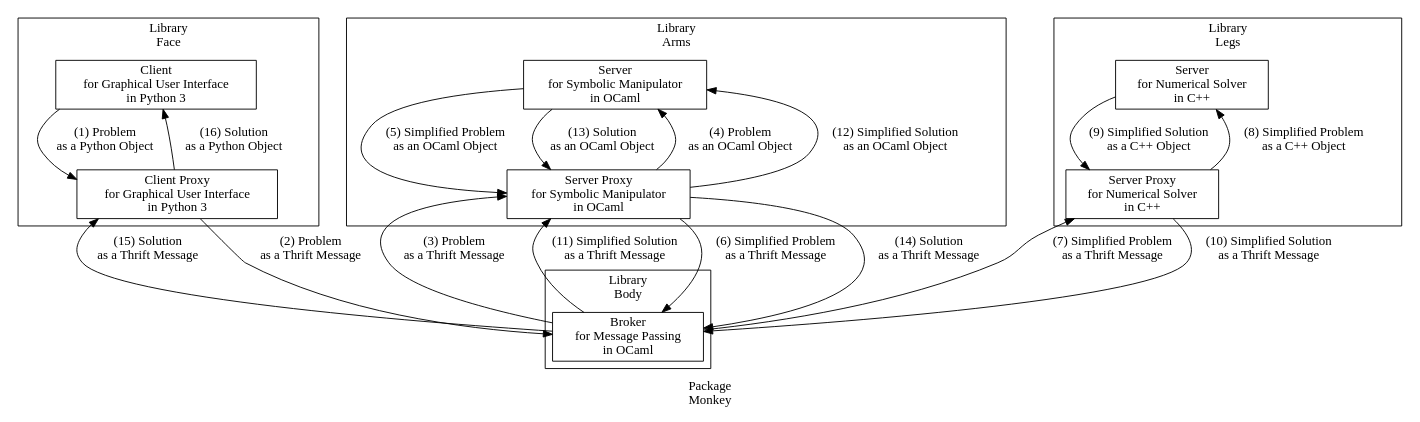
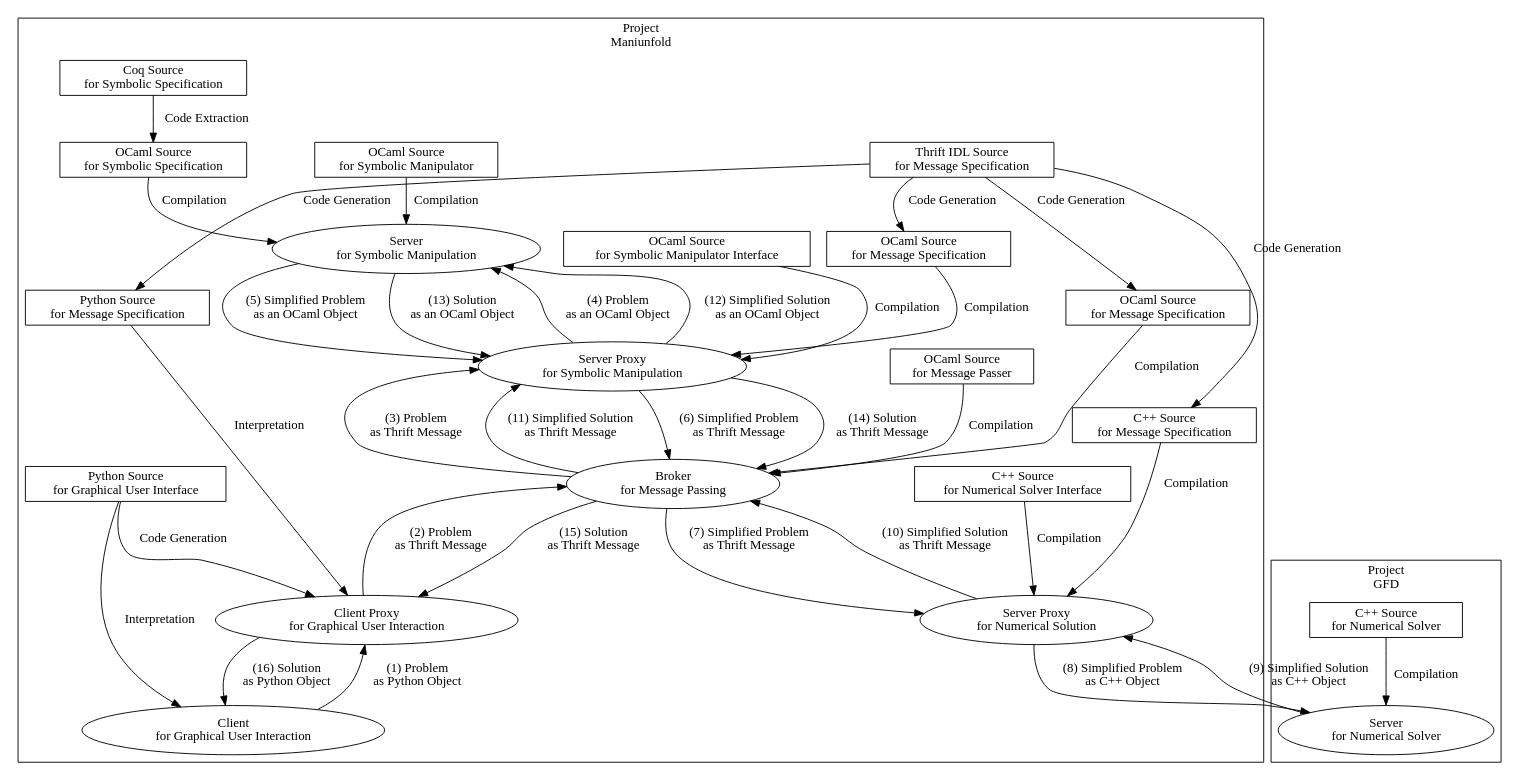
The diagram in prototype/arch.dot (Tuplanolla/dez), drawn with Graphviz before and after one commit.

Commit message:
Something along these lines.

```diff
--- a/prototype/arch.dot
+++ b/prototype/arch.dot
@@ -1,55 +1,92 @@
 digraph arch {
   // graph [layout = neato, ratio = 0.5]
-  graph [layout = dot, mindist = 1, overlap = false, root = body]
+  graph [layout = dot, mindist = 1, overlap = false, root = primate]
 
   // graph [splines = curved]
   // edge [headport = e, tailport = w]
 
-  node [shape = box]
+  subgraph cluster_maniunfold {
+    label = "Project\nManiunfold"
 
-  label = "Package\nMonkey"
+    /*
+    node [shape = oval]
 
-  subgraph cluster_body {
-    label = "Library\nBody"
+    coq [label = "Coq"] // bird
+    cxx [label = "C++"] // machine
+    ocaml [label = "OCaml"] // mammal
+    python [label = "Python"] // reptile
+    thrift [label = "Thrift"] // plant
+    */
 
-    body [label = "Broker\nfor Message Passing\nin OCaml"]
+    node [shape = box]
+
+    bird_source [label = "Coq Source\nfor Symbolic Specification"]
+    after_bird [label = "OCaml Source\nfor Symbolic Specification"]
+    mammal_source [label = "OCaml Source\nfor Symbolic Manipulator"]
+    plant_source [label = "Thrift IDL Source\nfor Message Specification"]
+    primate_source [label = "OCaml Source\nfor Message Passer"]
+    before_primate [label = "OCaml Source\nfor Message Specification"]
+    before_machine [label = "C++ Source\nfor Message Specification"]
+    before_reptile [label = "Python Source\nfor Message Specification"]
+    before_mammal [label = "OCaml Source\nfor Message Specification"]
+    machine_proxy_source [label = "C++ Source\nfor Numerical Solver Interface"]
+    reptile_source [label = "Python Source\nfor Graphical User Interface"]
+    mammal_proxy_source [label = "OCaml Source\nfor Symbolic Manipulator Interface"]
+
+    node [shape = oval]
+
+    primate [label = "Broker\nfor Message Passing"]
+    reptile [label = "Client\nfor Graphical User Interaction"]
+    reptile_proxy [label = "Client Proxy\nfor Graphical User Interaction"]
+    mammal [label = "Server\nfor Symbolic Manipulation"]
+    mammal_proxy [label = "Server Proxy\nfor Symbolic Manipulation"]
+    machine_proxy [label = "Server Proxy\nfor Numerical Solution"]
   }
 
-  subgraph cluster_face {
-    label = "Library\nFace"
+  subgraph cluster_gfd {
+    label = "Project\nGFD"
 
-    face [label = "Client\nfor Graphical User Interface\nin Python 3"]
-    face_proxy [label = "Client Proxy\nfor Graphical User Interface\nin Python 3"]
+    node [shape = box]
+
+    machine_source [label = "C++ Source\nfor Numerical Solver"]
+
+    node [shape = oval]
+
+    machine [label = "Server\nfor Numerical Solver"]
   }
 
-  subgraph cluster_arms {
-    label = "Library\nArms"
+  plant_source -> before_primate [label = "Code Generation"]
+  before_primate -> primate [label = "Compilation"]
+  plant_source -> before_mammal [label = "Code Generation"]
+  before_mammal -> mammal_proxy [label = "Compilation"]
+  primate_source -> primate [label = "Compilation"]
+  bird_source -> after_bird [label = "Code Extraction"]
+  after_bird -> mammal [label = "Compilation"]
+  mammal_source -> mammal [label = "Compilation"]
+  reptile_source -> reptile [label = "Interpretation"]
+  reptile_source -> reptile_proxy [label = "Code Generation"]
+  plant_source -> before_reptile [label = "Code Generation"]
+  before_reptile -> reptile_proxy [label = "Interpretation"]
+  mammal_proxy_source -> mammal_proxy [label = "Compilation"]
+  machine_proxy_source -> machine_proxy [label = "Compilation"]
+  plant_source -> before_machine [label = "Code Generation"]
+  before_machine -> machine_proxy [label = "Compilation"]
+  machine_source -> machine [label = "Compilation"]
 
-    arms [label = "Server\nfor Symbolic Manipulator\nin OCaml"]
-    arms_proxy [label = "Server Proxy\nfor Symbolic Manipulator\nin OCaml"]
-  }
-
-  subgraph cluster_legs {
-    label = "Library\nLegs"
-
-    legs [label = "Server\nfor Numerical Solver\nin C++"]
-    legs_proxy [label = "Server Proxy\nfor Numerical Solver\nin C++"]
-  }
-
-  face -> face_proxy [label = "(1) Problem\nas a Python Object"]
-  face_proxy -> body [label = "(2) Problem\nas a Thrift Message"]
-  body -> arms_proxy [label = "(3) Problem\nas a Thrift Message"]
-  arms_proxy -> arms [label = "(4) Problem\nas an OCaml Object"]
-  arms -> arms_proxy [label = "(5) Simplified Problem\nas an OCaml Object"]
-  arms_proxy -> body [label = "(6) Simplified Problem\nas a Thrift Message"]
-  body -> legs_proxy [label = "(7) Simplified Problem\nas a Thrift Message"]
-  legs_proxy -> legs [label = "(8) Simplified Problem\nas a C++ Object"]
-  legs -> legs_proxy [label = "(9) Simplified Solution\nas a C++ Object"]
-  legs_proxy -> body [label = "(10) Simplified Solution\nas a Thrift Message"]
-  body -> arms_proxy [label = "(11) Simplified Solution\nas a Thrift Message"]
-  arms_proxy -> arms [label = "(12) Simplified Solution\nas an OCaml Object"]
-  arms -> arms_proxy [label = "(13) Solution\nas an OCaml Object"]
-  arms_proxy -> body [label = "(14) Solution\nas a Thrift Message"]
-  body -> face_proxy [label = "(15) Solution\nas a Thrift Message"]
-  face_proxy -> face [label = "(16) Solution\nas a Python Object"]
+  reptile -> reptile_proxy [label = "(1) Problem\nas Python Object"]
+  reptile_proxy -> primate [label = "(2) Problem\nas Thrift Message"]
+  primate -> mammal_proxy [label = "(3) Problem\nas Thrift Message"]
+  mammal_proxy -> mammal [label = "(4) Problem\nas an OCaml Object"]
+  mammal -> mammal_proxy [label = "(5) Simplified Problem\nas an OCaml Object"]
+  mammal_proxy -> primate [label = "(6) Simplified Problem\nas Thrift Message"]
+  primate -> machine_proxy [label = "(7) Simplified Problem\nas Thrift Message"]
+  machine_proxy -> machine [label = "(8) Simplified Problem\nas C++ Object"]
+  machine -> machine_proxy [label = "(9) Simplified Solution\nas C++ Object"]
+  machine_proxy -> primate [label = "(10) Simplified Solution\nas Thrift Message"]
+  primate -> mammal_proxy [label = "(11) Simplified Solution\nas Thrift Message"]
+  mammal_proxy -> mammal [label = "(12) Simplified Solution\nas an OCaml Object"]
+  mammal -> mammal_proxy [label = "(13) Solution\nas an OCaml Object"]
+  mammal_proxy -> primate [label = "(14) Solution\nas Thrift Message"]
+  primate -> reptile_proxy [label = "(15) Solution\nas Thrift Message"]
+  reptile_proxy -> reptile [label = "(16) Solution\nas Python Object"]
 }
```
